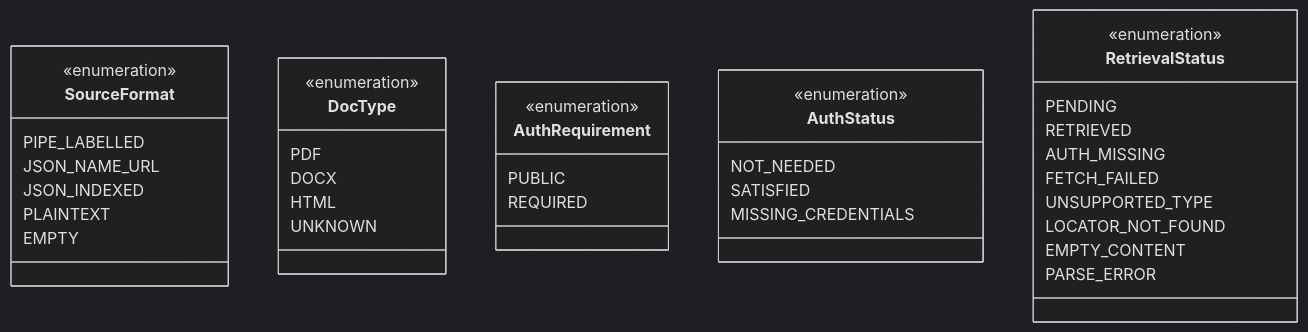
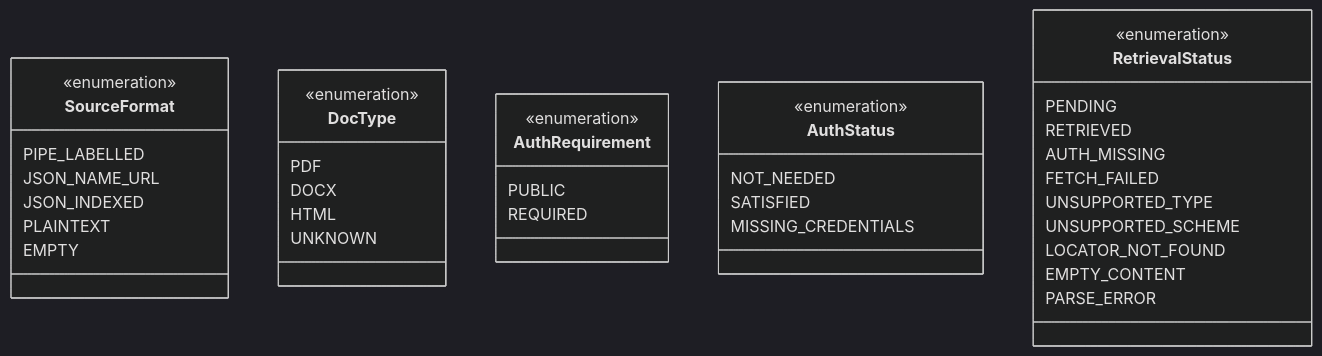
Before and after one commit to jmanuelc87/scorekeeper: the second of 4 diagrams in docs/retrieval-taxonomy.md, drawn with Mermaid (dark theme). The commit also changed other lines of this file and 10 other files, not shown here.

````diff
--- a/docs/retrieval-taxonomy.md
+++ b/docs/retrieval-taxonomy.md
@@ -95,40 +96,41 @@
 ```mermaid
 classDiagram
     class SourceFormat {
         <<enumeration>>
         PIPE_LABELLED
         JSON_NAME_URL
         JSON_INDEXED
         PLAINTEXT
         EMPTY
     }
     class DocType {
         <<enumeration>>
         PDF
         DOCX
         HTML
         UNKNOWN
     }
     class AuthRequirement {
         <<enumeration>>
         PUBLIC
         REQUIRED
     }
     class AuthStatus {
         <<enumeration>>
         NOT_NEEDED
         SATISFIED
         MISSING_CREDENTIALS
     }
     class RetrievalStatus {
         <<enumeration>>
         PENDING
         RETRIEVED
         AUTH_MISSING
         FETCH_FAILED
         UNSUPPORTED_TYPE
+        UNSUPPORTED_SCHEME
         LOCATOR_NOT_FOUND
         EMPTY_CONTENT
         PARSE_ERROR
     }
 ```
````
